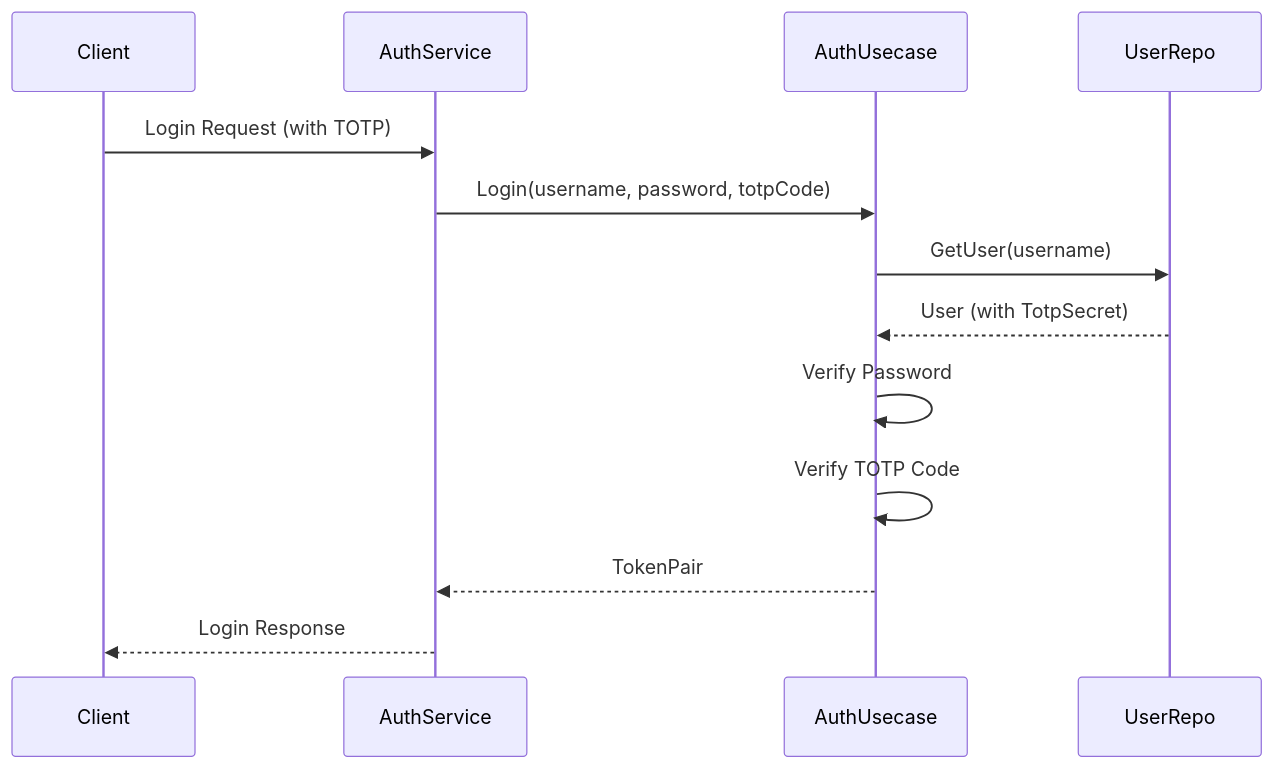
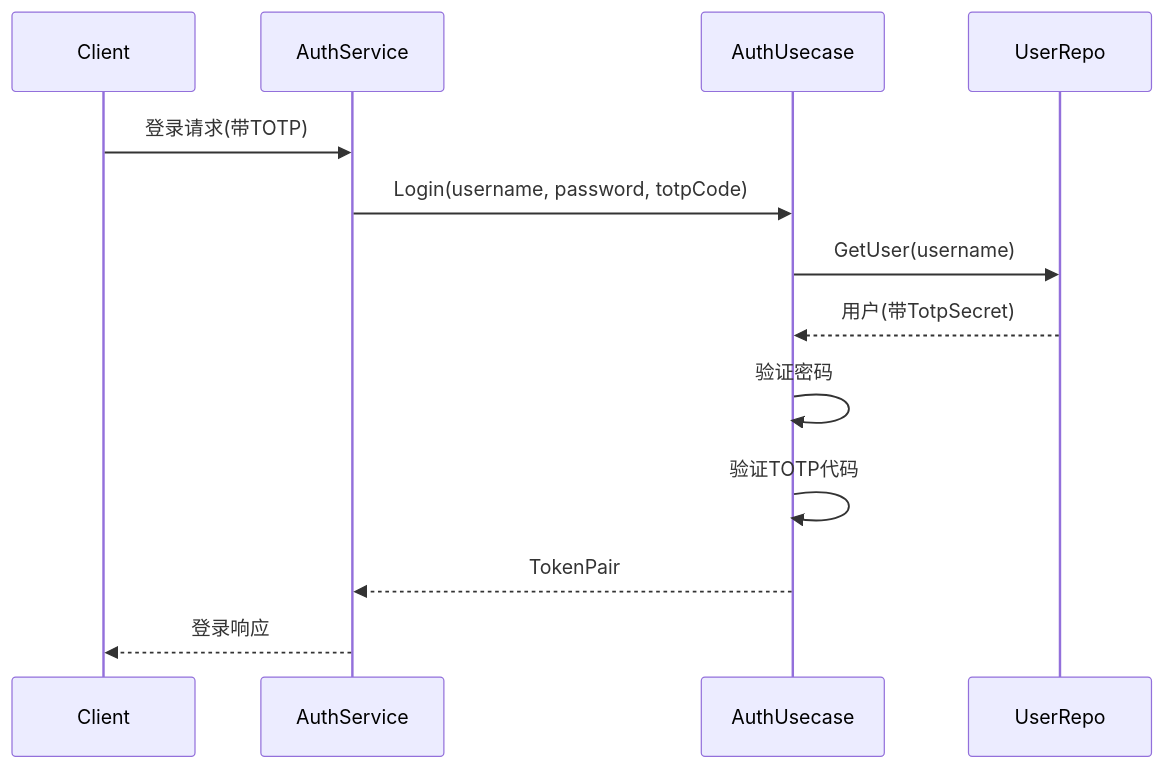
Before and after one commit to 26huitailang/kratos-boilerplate: the sixth of 8 diagrams in .qoder/repowiki/zh/content/Development Guide/Adding New Features.md, drawn with Mermaid. The commit also changed other lines of this file and 62 other files, not shown here.

````diff
--- a/.qoder/repowiki/zh/content/Development Guide/Adding New Features.md
+++ b/.qoder/repowiki/zh/content/Development Guide/Adding New Features.md
@@ -249,15 +259,15 @@
 ```mermaid
 sequenceDiagram
 participant Client
 participant AuthService
 participant AuthUsecase
 participant UserRepo
-Client->>AuthService : Login Request (with TOTP)
+Client->>AuthService : 登录请求(带TOTP)
 AuthService->>AuthUsecase : Login(username, password, totpCode)
 AuthUsecase->>UserRepo : GetUser(username)
-UserRepo-->>AuthUsecase : User (with TotpSecret)
-AuthUsecase->>AuthUsecase : Verify Password
-AuthUsecase->>AuthUsecase : Verify TOTP Code
+UserRepo-->>AuthUsecase : 用户(带TotpSecret)
+AuthUsecase->>AuthUsecase : 验证密码
+AuthUsecase->>AuthUsecase : 验证TOTP代码
 AuthUsecase-->>AuthService : TokenPair
-AuthService-->>Client : Login Response
+AuthService-->>Client : 登录响应
 ```
````
